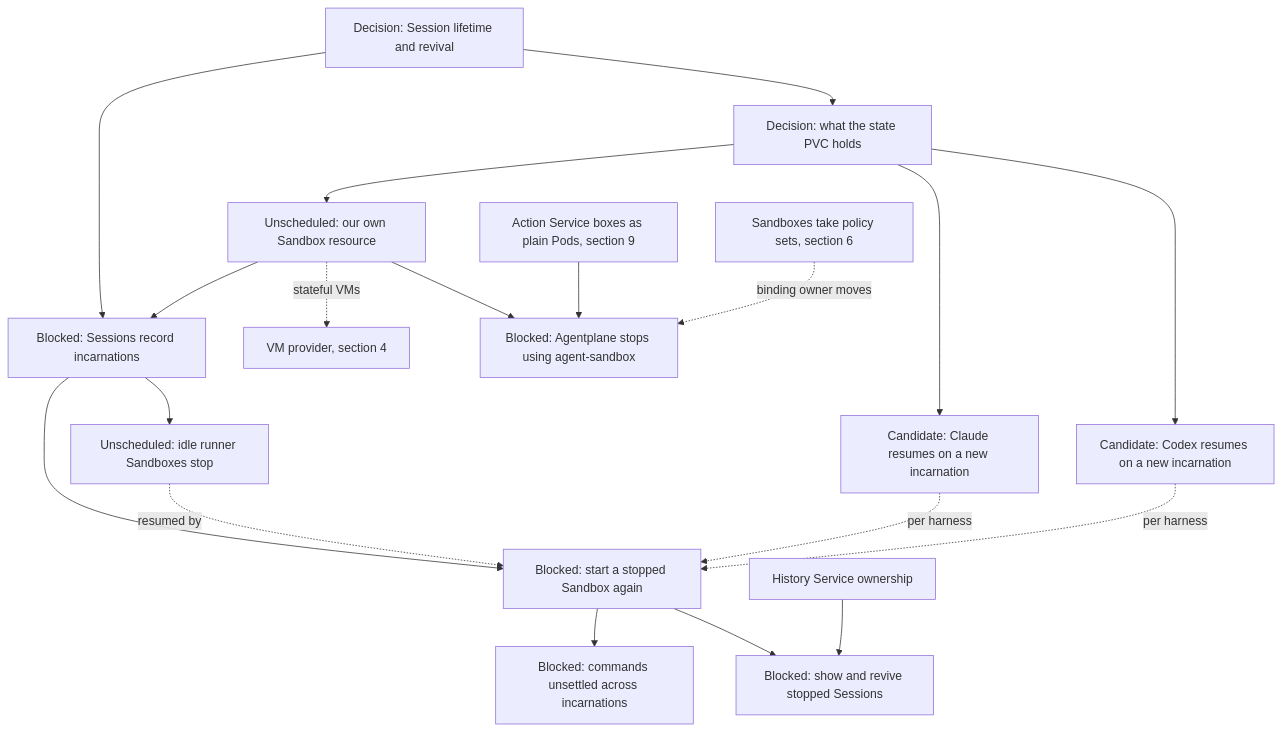
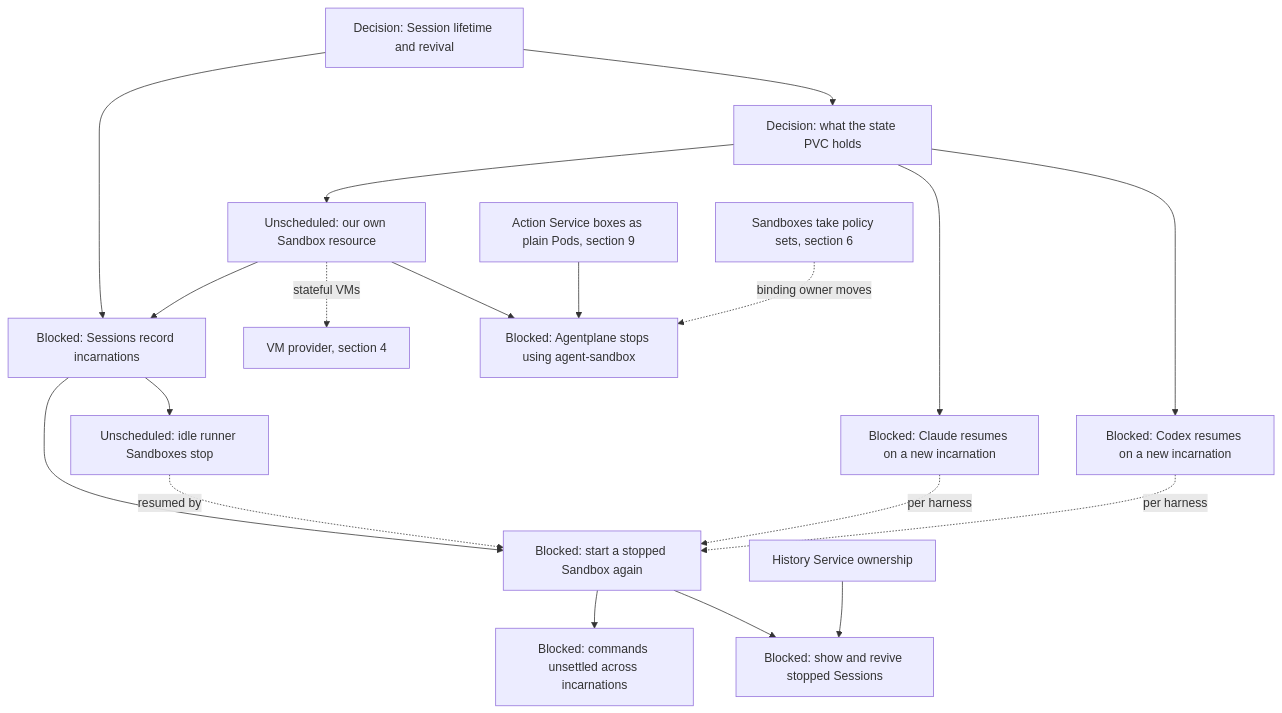
The tenth of 14 diagrams in agentplane/plans/task_dag.md (agentydragon-agent/ducktape), drawn with Mermaid before and after one commit. The commit also changed other lines of this file and 2 other files, not shown here.

````diff
--- a/agentplane/plans/task_dag.md
+++ b/agentplane/plans/task_dag.md
@@ -618,32 +619,32 @@
 ```mermaid
 flowchart TD
     DURABLE_SESSION_LIFECYCLE[Decision: Session lifetime and revival]
     SESSION_STATE_VOLUME_DESIGN[Decision: what the state PVC holds]
     AGENTPLANE_SANDBOX_RESOURCE[Unscheduled: our own Sandbox resource]
-    CLAUDE_PORTABLE_STATE[Candidate: Claude resumes on a new incarnation]
-    CODEX_PORTABLE_STATE[Candidate: Codex resumes on a new incarnation]
+    CLAUDE_PORTABLE_STATE[Blocked: Claude resumes on a new incarnation]
+    CODEX_PORTABLE_STATE[Blocked: Codex resumes on a new incarnation]
     SESSION_INCARNATIONS[Blocked: Sessions record incarnations]
     SESSION_REVIVE[Blocked: start a stopped Sandbox again]
     THREAD_SUCCESSOR_DELIVERY[Blocked: commands unsettled across incarnations]
     HOSTED_THREAD_SURFACES[Blocked: show and revive stopped Sessions]
     HISTORY_SERVICE_OWNERSHIP[History Service ownership]
     VM_PROVIDER[VM provider, section 4]
     DURABLE_SESSION_LIFECYCLE --> SESSION_STATE_VOLUME_DESIGN
     DURABLE_SESSION_LIFECYCLE --> SESSION_INCARNATIONS
     SESSION_STATE_VOLUME_DESIGN --> AGENTPLANE_SANDBOX_RESOURCE
     SESSION_STATE_VOLUME_DESIGN --> CLAUDE_PORTABLE_STATE
     SESSION_STATE_VOLUME_DESIGN --> CODEX_PORTABLE_STATE
     AGENTPLANE_SANDBOX_RESOURCE --> SESSION_INCARNATIONS
     AGENTPLANE_SANDBOX_RESOURCE --> AGENT_SANDBOX_RETIRE[Blocked: Agentplane stops using agent-sandbox]
     ACTION_SANDBOX_PODS[Action Service boxes as plain Pods, section 9] --> AGENT_SANDBOX_RETIRE
     POLICY_SANDBOX_CUTOVER[Sandboxes take policy sets, section 6] -. binding owner moves .-> AGENT_SANDBOX_RETIRE
     AGENTPLANE_SANDBOX_RESOURCE -. stateful VMs .-> VM_PROVIDER
     SESSION_INCARNATIONS --> SESSION_REVIVE
     SESSION_INCARNATIONS --> SANDBOX_IDLE_EXPIRY[Unscheduled: idle runner Sandboxes stop]
     SANDBOX_IDLE_EXPIRY -. resumed by .-> SESSION_REVIVE
     CLAUDE_PORTABLE_STATE -. per harness .-> SESSION_REVIVE
     CODEX_PORTABLE_STATE -. per harness .-> SESSION_REVIVE
     SESSION_REVIVE --> THREAD_SUCCESSOR_DELIVERY
     SESSION_REVIVE --> HOSTED_THREAD_SURFACES
     HISTORY_SERVICE_OWNERSHIP --> HOSTED_THREAD_SURFACES
 ```
````
